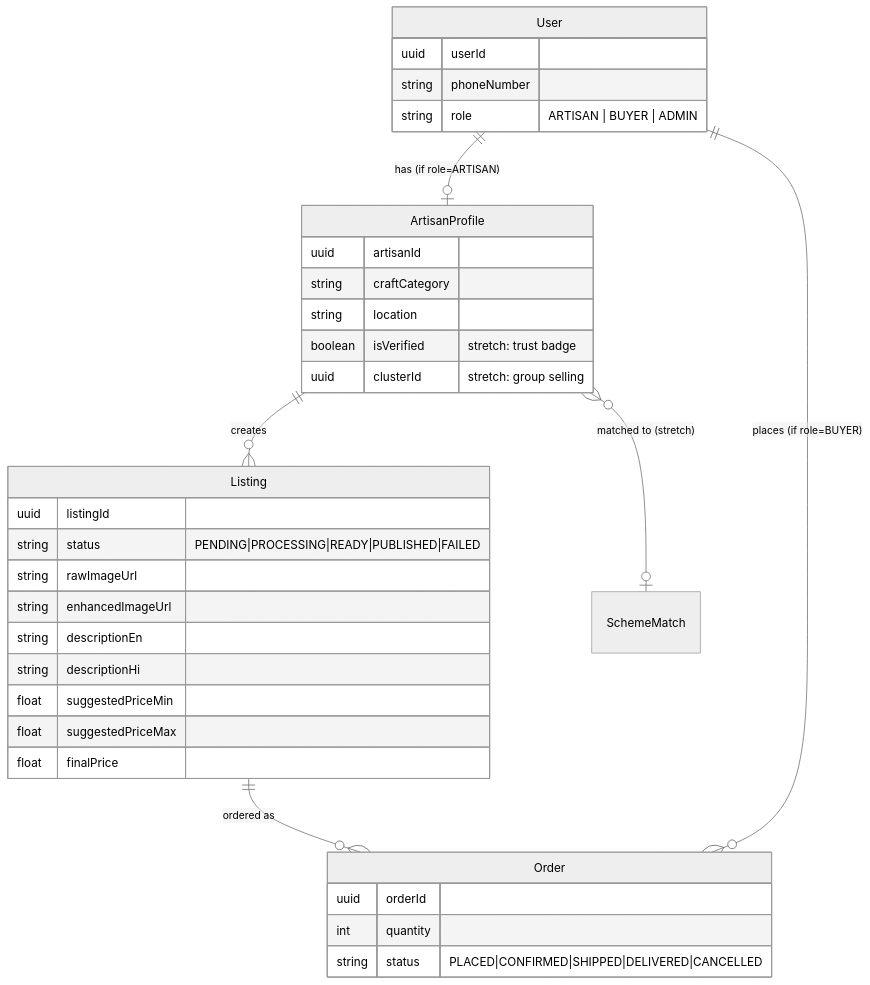
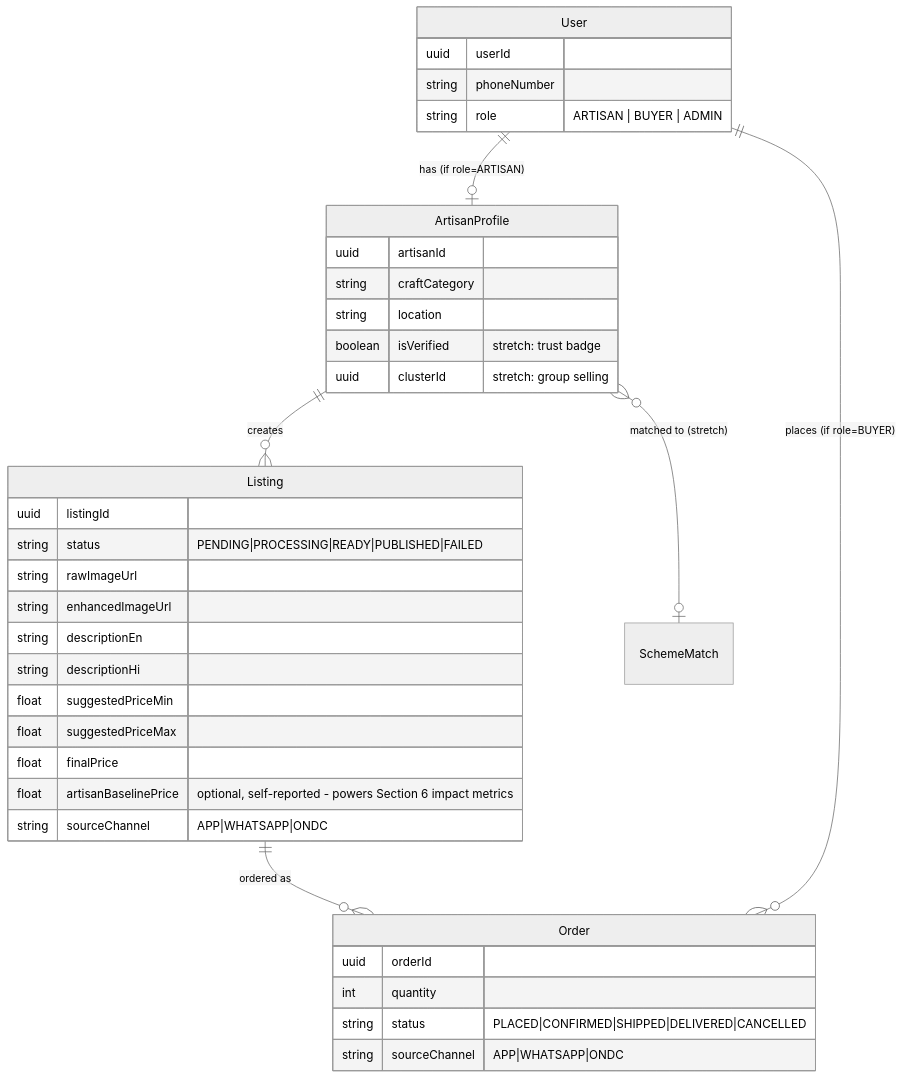
The fifth of 6 diagrams in ARCHITECTURE.md (satyasahu8317/sih26090-artisan-platform), drawn with Mermaid (neutral theme) before and after one commit. The commit also changed other lines of this file and 24 other files, not shown here.

Commit message:
added updated architecture and roadmap file. implemented ml services (#12)

````diff
--- a/ARCHITECTURE.md
+++ b/ARCHITECTURE.md
@@ -126,37 +183,40 @@
 ```mermaid
 erDiagram
     User ||--o| ArtisanProfile : "has (if role=ARTISAN)"
     ArtisanProfile ||--o{ Listing : creates
     Listing ||--o{ Order : "ordered as"
     User ||--o{ Order : "places (if role=BUYER)"
     ArtisanProfile }o--o| SchemeMatch : "matched to (stretch)"
 
     User {
         uuid userId
         string phoneNumber
         string role "ARTISAN | BUYER | ADMIN"
     }
     ArtisanProfile {
         uuid artisanId
         string craftCategory
         string location
         boolean isVerified "stretch: trust badge"
         uuid clusterId "stretch: group selling"
     }
     Listing {
         uuid listingId
         string status "PENDING|PROCESSING|READY|PUBLISHED|FAILED"
         string rawImageUrl
         string enhancedImageUrl
         string descriptionEn
         string descriptionHi
         float suggestedPriceMin
         float suggestedPriceMax
         float finalPrice
+        float artisanBaselinePrice "optional, self-reported - powers Section 6 impact metrics"
+        string sourceChannel "APP|WHATSAPP|ONDC"
     }
     Order {
         uuid orderId
         int quantity
         string status "PLACED|CONFIRMED|SHIPPED|DELIVERED|CANCELLED"
+        string sourceChannel "APP|WHATSAPP|ONDC"
     }
 ```
````
